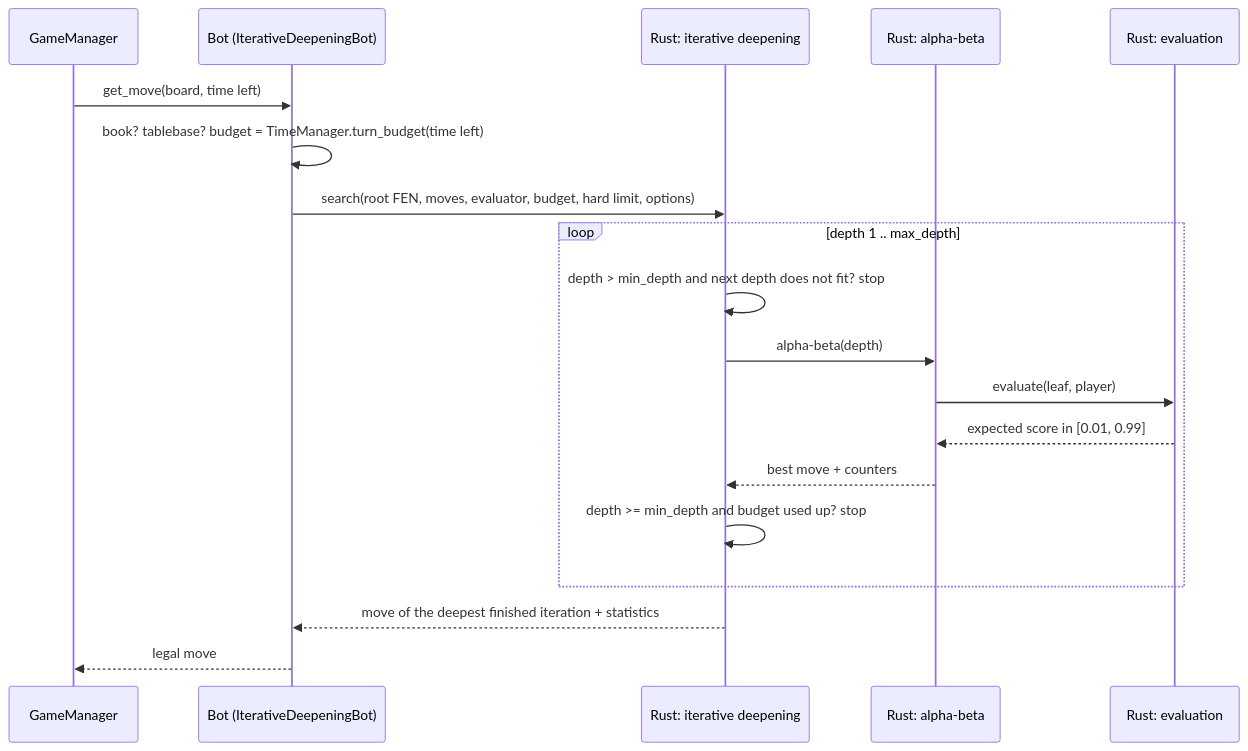
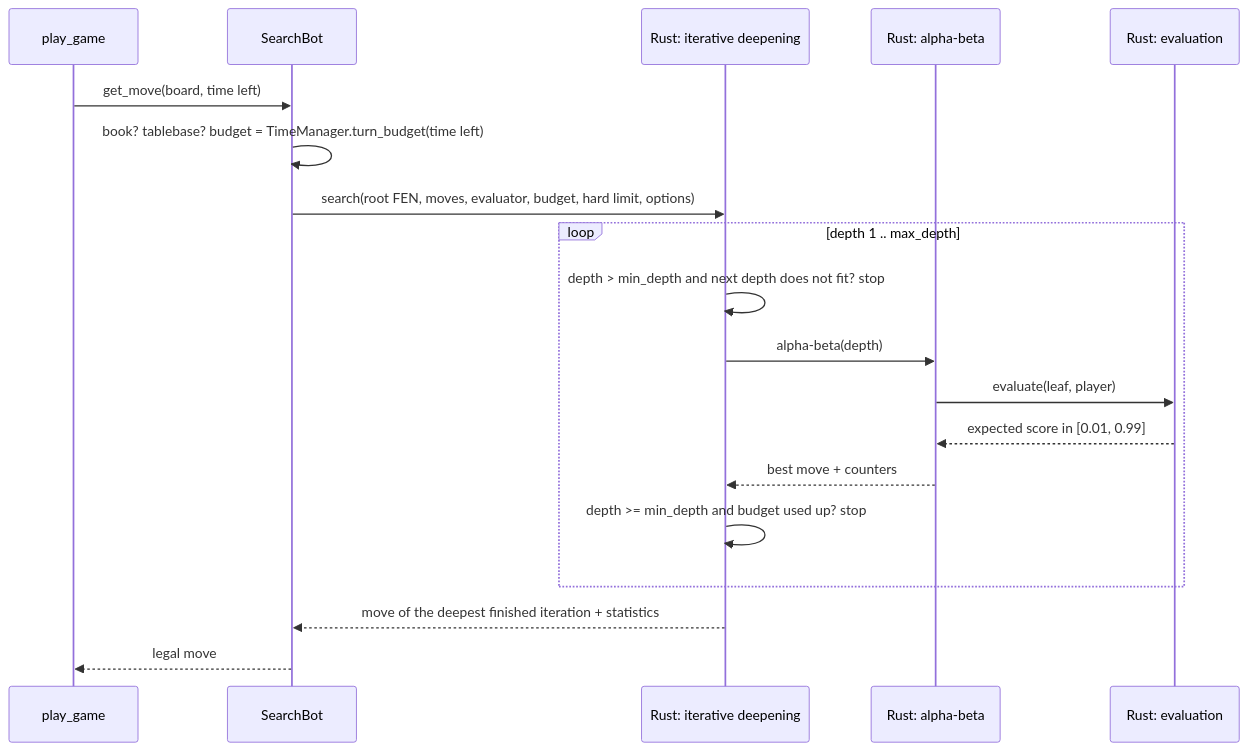
The third of 3 diagrams in docs/ARCHITECTURE.md (JoaquinDeVA/chess-ai-engine), drawn with Mermaid before and after one commit. The commit also changed other lines of this file and 46 other files, not shown here.

Commit message:
refactor: one SearchBot, bots and game packages replace the registry, three bot classes and engine/search

````diff
--- a/docs/ARCHITECTURE.md
+++ b/docs/ARCHITECTURE.md
@@ -115,21 +103,21 @@
 ```mermaid
 sequenceDiagram
-    participant G as GameManager
-    participant B as Bot (IterativeDeepeningBot)
+    participant G as play_game
+    participant B as SearchBot
     participant S as Rust: iterative deepening
     participant A as Rust: alpha-beta
     participant E as Rust: evaluation
     G->>B: get_move(board, time left)
     B->>B: book? tablebase? budget = TimeManager.turn_budget(time left)
     B->>S: search(root FEN, moves, evaluator, budget, hard limit, options)
     loop depth 1 .. max_depth
         S->>S: depth > min_depth and next depth does not fit? stop
         S->>A: alpha-beta(depth)
         A->>E: evaluate(leaf, player)
         E-->>A: expected score in [0.01, 0.99]
         A-->>S: best move + counters
         S->>S: depth >= min_depth and budget used up? stop
     end
     S-->>B: move of the deepest finished iteration + statistics
     B-->>G: legal move
 ```
````
